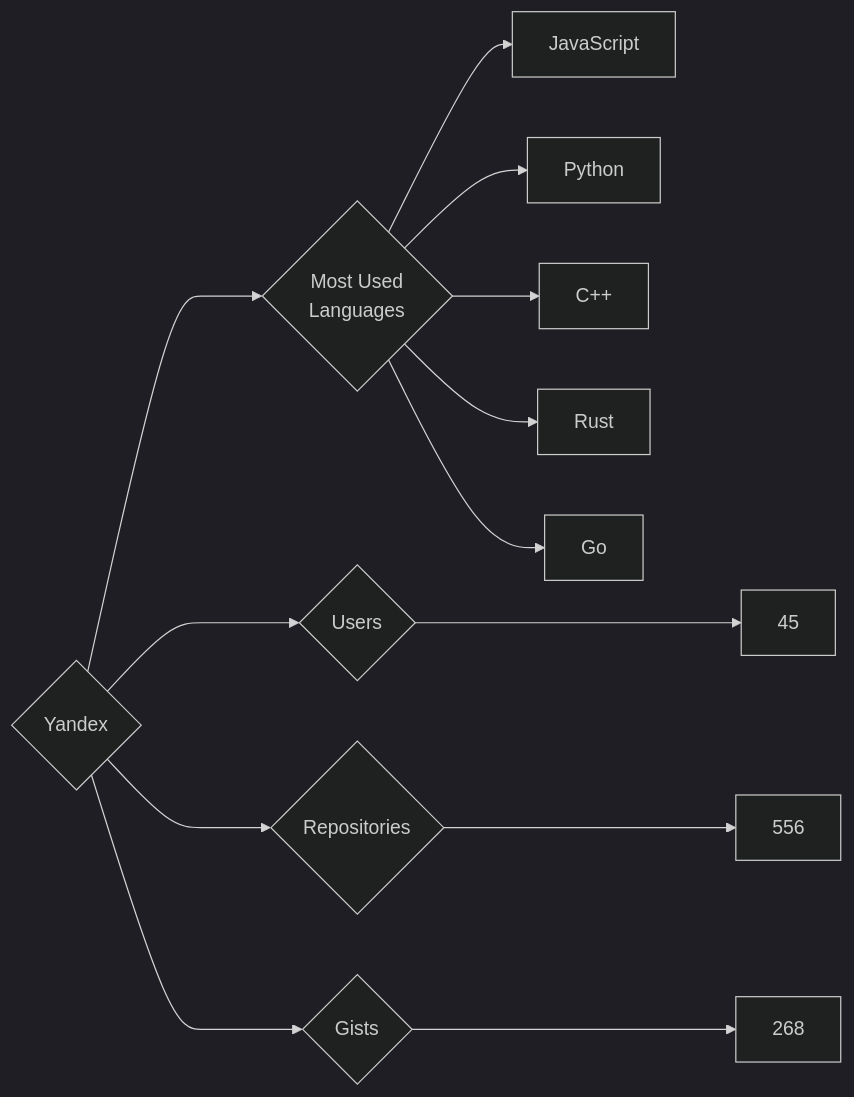
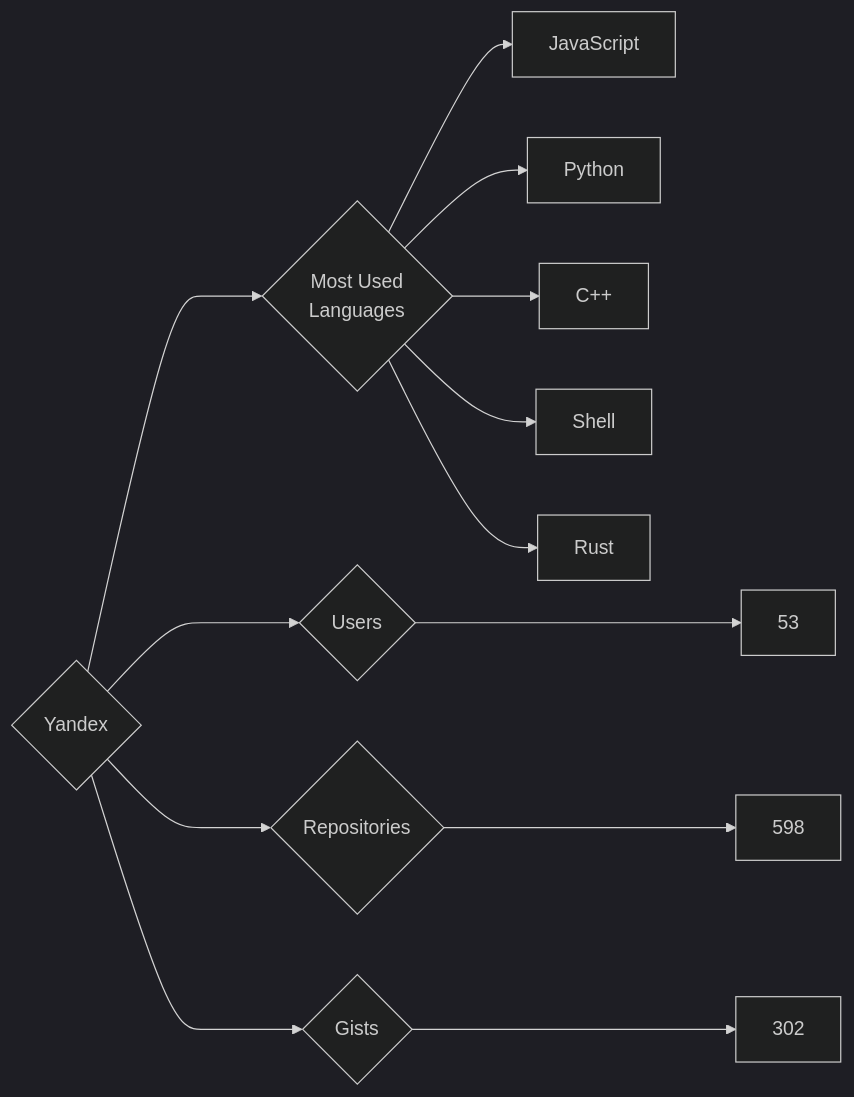
The diagram in targets/Yandex/README.md (trickest/insiders), drawn with Mermaid (dark theme) before and after one commit. The commit also changed 1696 other files, not shown here.

````diff
--- a/targets/Yandex/README.md
+++ b/targets/Yandex/README.md
@@ -3,13 +3,13 @@
 ```mermaid
 graph LR
 COMPANY_NAME{Yandex}
-COMPANY_NAME ---> U{Users} ---> UN[45]
-COMPANY_NAME ---> R{Repositories} ---> RN[556]
-COMPANY_NAME ---> G{Gists} ---> GN[268]
+COMPANY_NAME ---> U{Users} ---> UN[53]
+COMPANY_NAME ---> R{Repositories} ---> RN[598]
+COMPANY_NAME ---> G{Gists} ---> GN[302]
 COMPANY_NAME ---> ML{Most Used<br>Languages}
 ML --> JavaScript[JavaScript]
 ML --> Python[Python]
 ML --> C++[C++]
+ML --> Shell[Shell]
 ML --> Rust[Rust]
-ML --> Go[Go]
 ```
````
